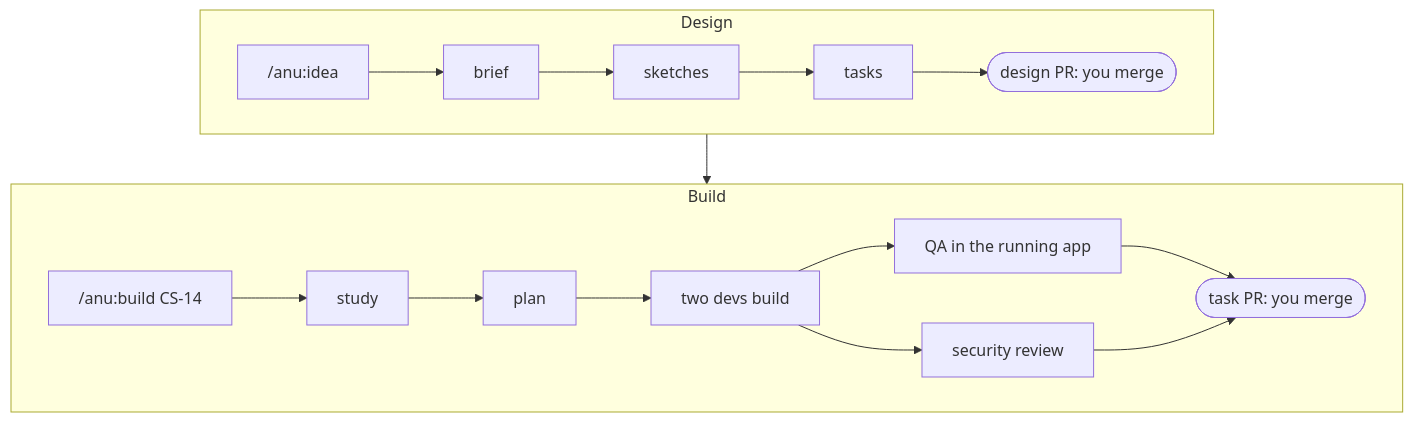
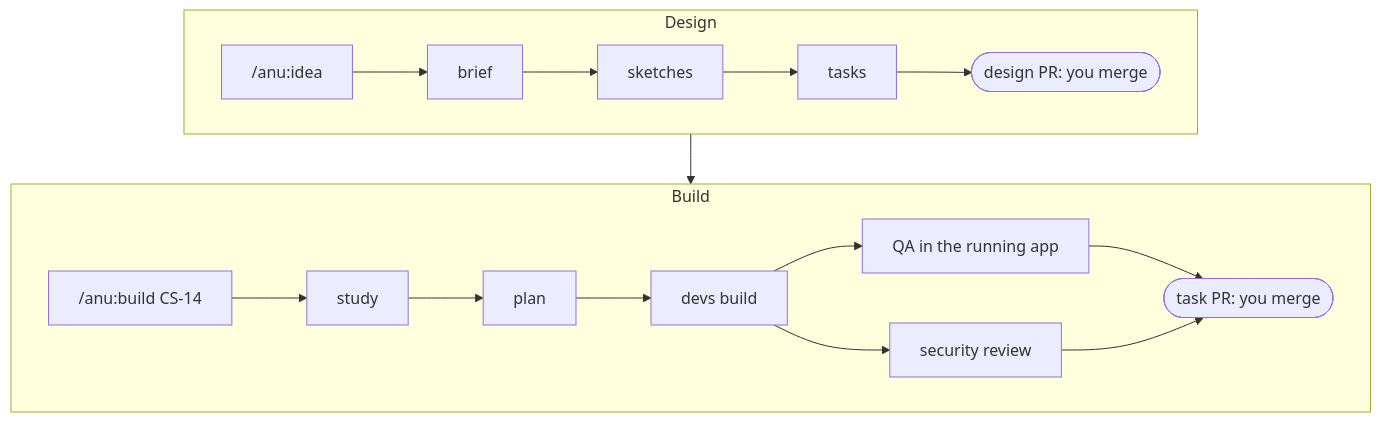
Before and after one commit to Tulifo/anu: the diagram in docs/README.md, drawn with Mermaid. The commit also changed 36 other files, not shown here.

````diff
--- a/docs/README.md
+++ b/docs/README.md
@@ -22,16 +22,16 @@
 ```mermaid
 flowchart TD
     subgraph Design
         direction LR
         I["/anu:idea"] --> B["brief"] --> S["sketches"] --> T["tasks"] --> DPR(["design PR: you merge"])
     end
     subgraph Build
         direction LR
-        BU["/anu:build CS-14"] --> ST["study"] --> PL["plan"] --> MK["two devs build"]
+        BU["/anu:build CS-14"] --> ST["study"] --> PL["plan"] --> MK["devs build"]
         MK --> QA["QA in the running app"]
         MK --> SEC["security review"]
         QA --> PR(["task PR: you merge"])
         SEC --> PR
     end
     Design --> Build
 ```
````
